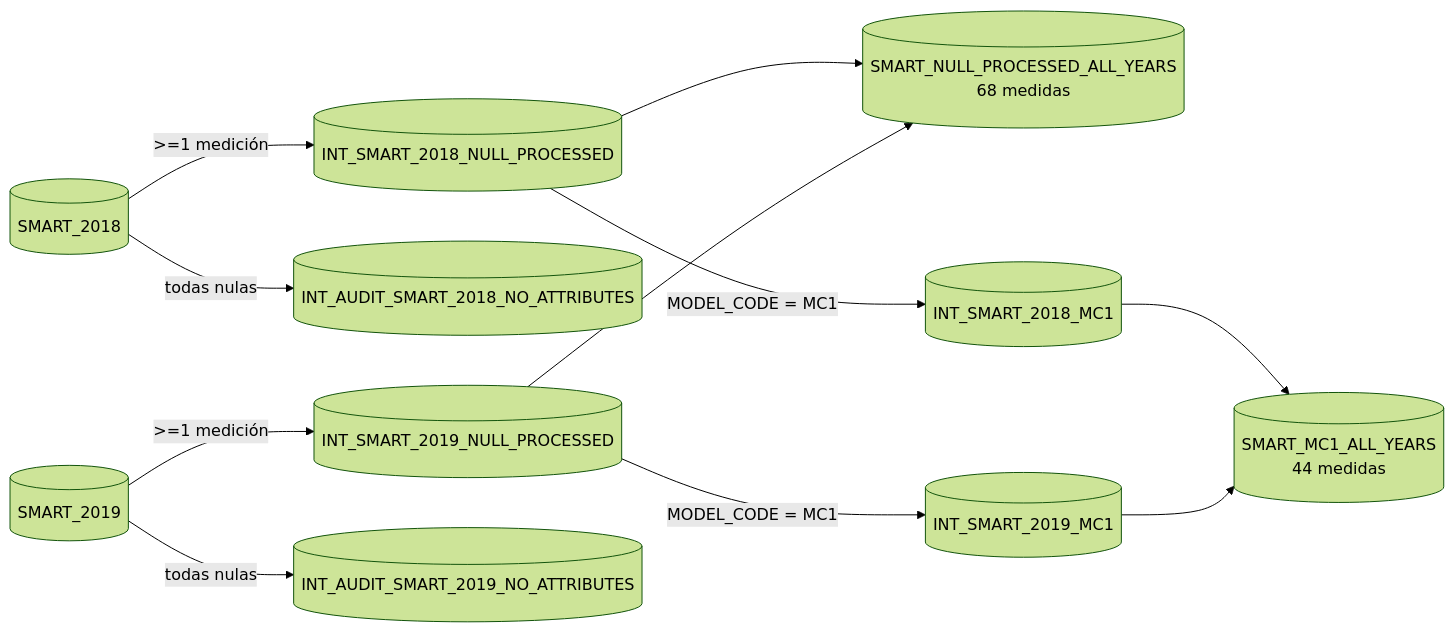
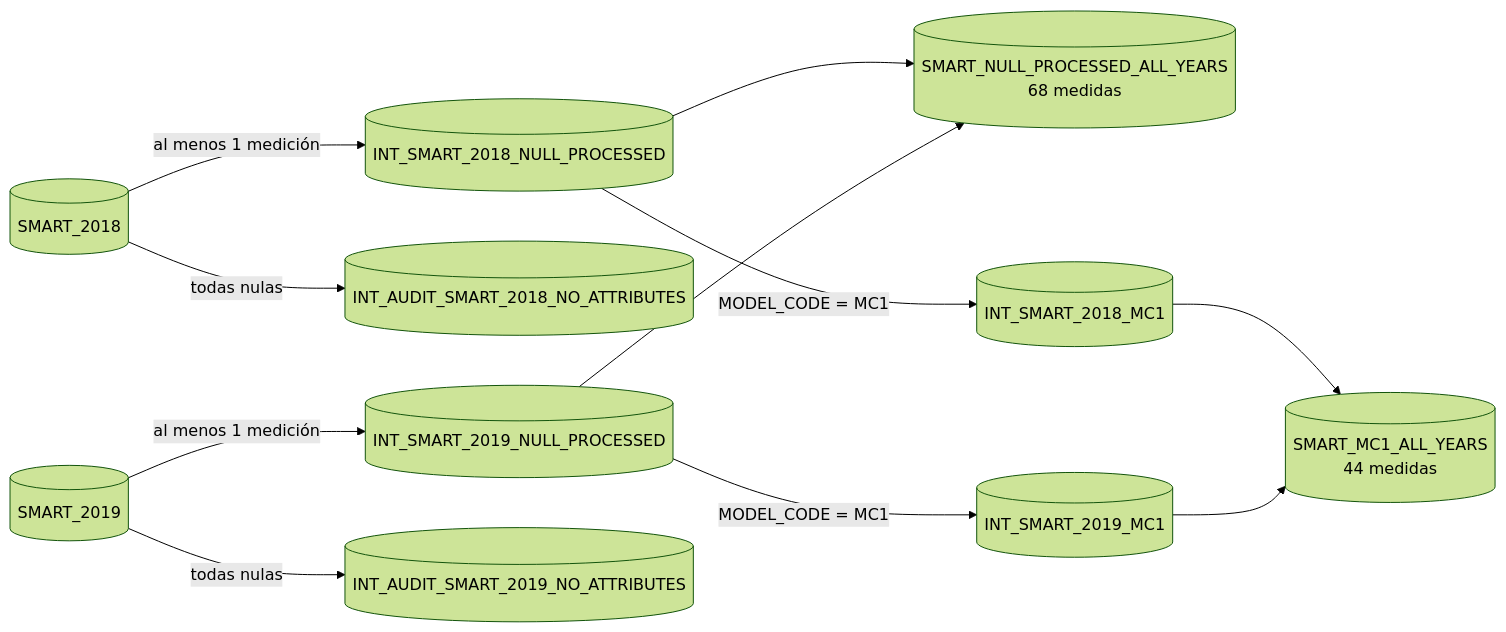
Before and after one commit to Volv1t3/Ciencia-De-Datos: the diagram in src/main/psets/pset_2/docs/diagramas/04_flujo_silver.mmd, drawn with Mermaid (forest theme). The commit also changed 2 other files, not shown here.

Commit message:
docs(pset2): regenerar diagrama de Silver

```diff
--- a/src/main/psets/pset_2/docs/diagramas/04_flujo_silver.mmd
+++ b/src/main/psets/pset_2/docs/diagramas/04_flujo_silver.mmd
@@ -1,11 +1,11 @@
 flowchart LR
-    S18[(SMART_2018)] -->|">=1 medición"| N18[(INT_SMART_2018_NULL_PROCESSED)]
+    S18[(SMART_2018)] -->|"al menos 1 medición"| N18[(INT_SMART_2018_NULL_PROCESSED)]
     S18 -->|"todas nulas"| A18[(INT_AUDIT_SMART_2018_NO_ATTRIBUTES)]
-    S19[(SMART_2019)] -->|">=1 medición"| N19[(INT_SMART_2019_NULL_PROCESSED)]
+    S19[(SMART_2019)] -->|"al menos 1 medición"| N19[(INT_SMART_2019_NULL_PROCESSED)]
     S19 -->|"todas nulas"| A19[(INT_AUDIT_SMART_2019_NO_ATTRIBUTES)]
     N18 --> ALL[(SMART_NULL_PROCESSED_ALL_YEARS<br/>68 medidas)]
     N19 --> ALL
     N18 -->|"MODEL_CODE = MC1"| M18[(INT_SMART_2018_MC1)]
     N19 -->|"MODEL_CODE = MC1"| M19[(INT_SMART_2019_MC1)]
     M18 --> MC1[(SMART_MC1_ALL_YEARS<br/>44 medidas)]
     M19 --> MC1
```
